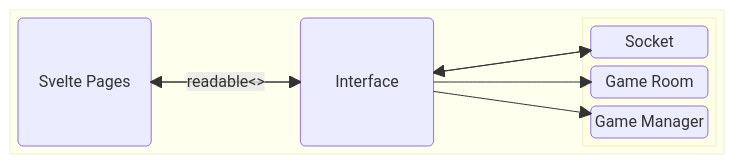
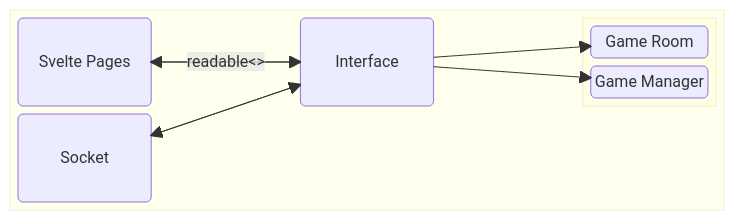
Before and after one commit to Defferrard/Algoo: the diagram in frontend/src/routes/gamerooms/[uuid]/spec.md, drawn with Mermaid. The commit also changed 1 other file, not shown here.

Commit message:
fix: types supertest

````diff
--- a/frontend/src/routes/gamerooms/[uuid]/spec.md
+++ b/frontend/src/routes/gamerooms/[uuid]/spec.md
@@ -1,22 +1,23 @@
 ```mermaid
 block-beta
     columns 1
     block: FRONTEND
+        columns 5
         svelte("Svelte Pages")
         space
         interface("Interface")
         svelte --> interface
         interface -- "readable<>" --> svelte
         space
         block: FRONTEND_LOGIC
             columns 1
-            socket("Socket")
             gameRoom("Game Room")
             gameManager("Game Manager")
         end
+        socket("Socket")
         interface --> socket
         socket -->  interface
         interface --> gameRoom
         interface --> gameManager
     end
 ```
````
